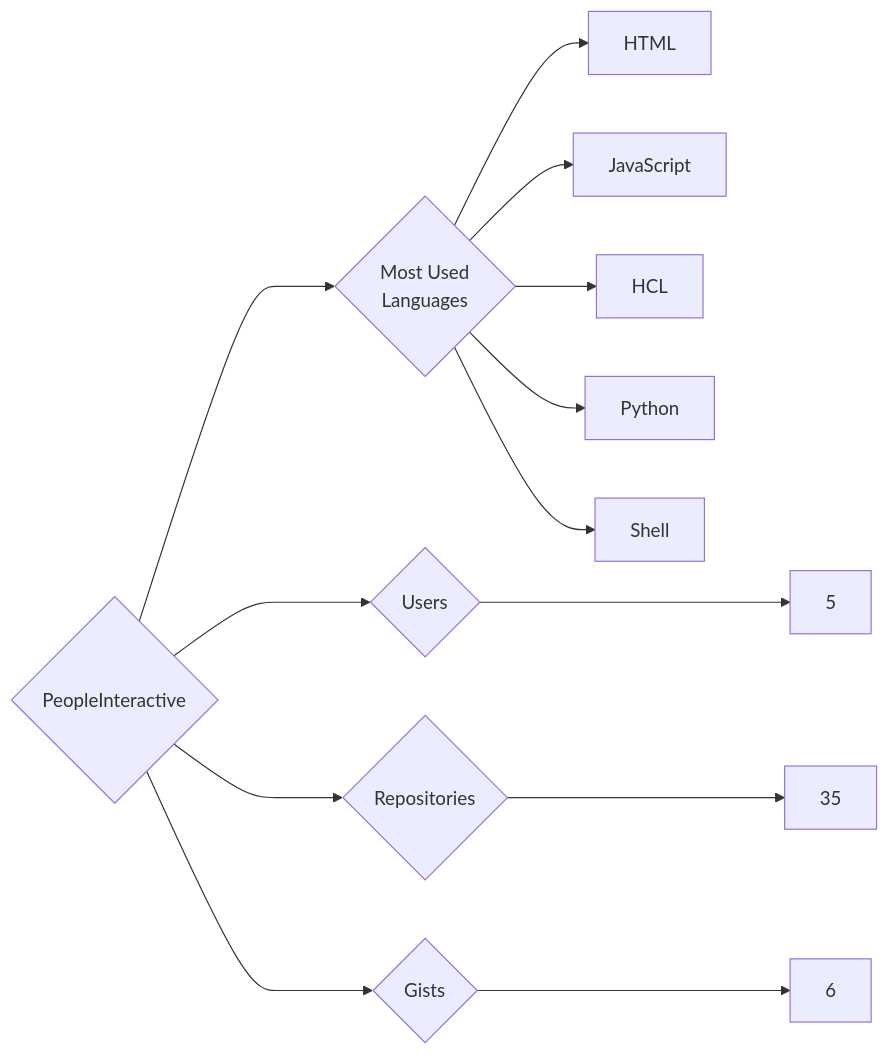
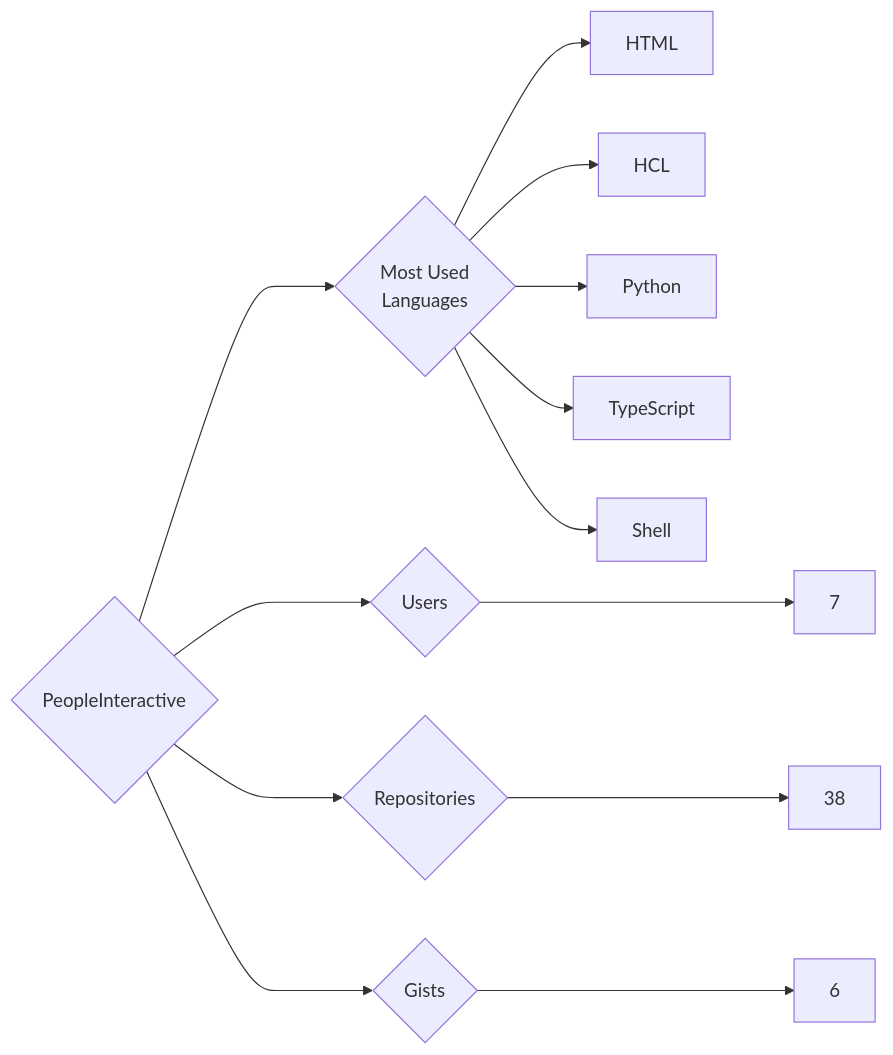
One commit to trickest/insiders changed the diagram in targets/PeopleInteractive/README.md. Above: the diagram before and after it, drawn with Mermaid. The commit also changed 969 other files, not shown here.

````diff
--- a/targets/PeopleInteractive/README.md
+++ b/targets/PeopleInteractive/README.md
@@ -3,13 +3,13 @@
 ```mermaid
 graph LR
 COMPANY_NAME{PeopleInteractive}
-COMPANY_NAME ---> U{Users} ---> UN[5]
-COMPANY_NAME ---> R{Repositories} ---> RN[35]
+COMPANY_NAME ---> U{Users} ---> UN[7]
+COMPANY_NAME ---> R{Repositories} ---> RN[38]
 COMPANY_NAME ---> G{Gists} ---> GN[6]
 COMPANY_NAME ---> ML{Most Used<br>Languages}
 ML --> HTML[HTML]
-ML --> JavaScript[JavaScript]
 ML --> HCL[HCL]
 ML --> Python[Python]
+ML --> TypeScript[TypeScript]
 ML --> Shell[Shell]
 ```
````
